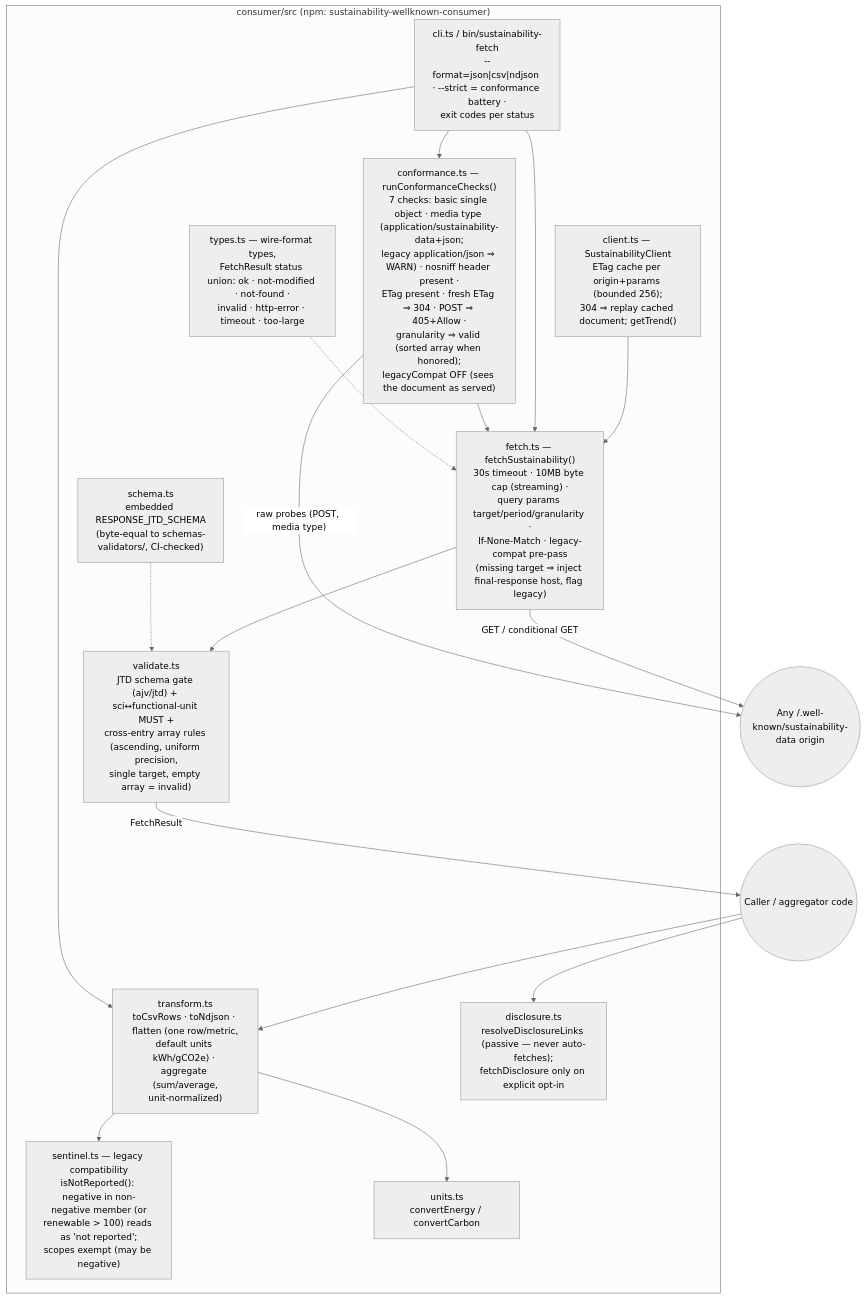
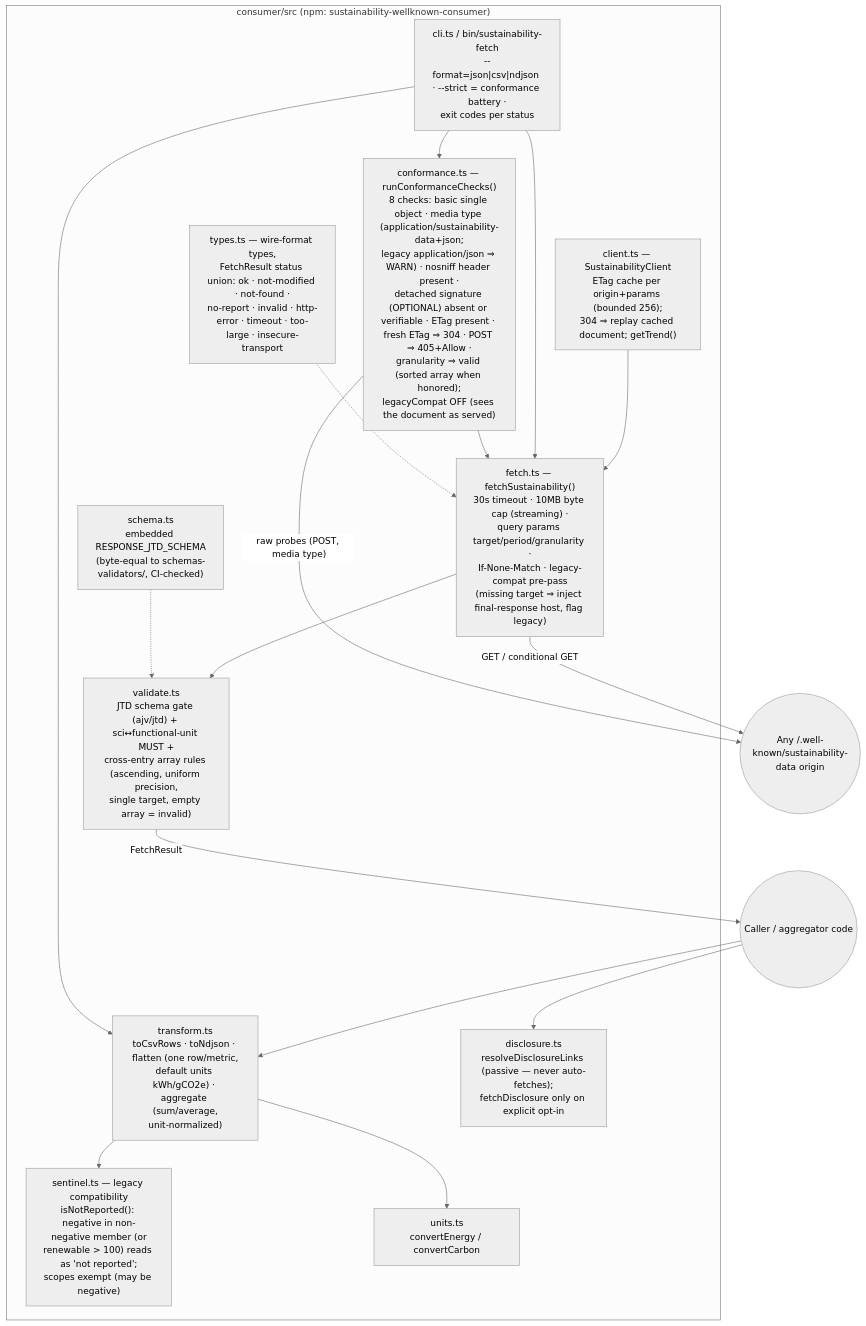
The ninth of 10 diagrams in architecture/README.md (andreibesleaga/rfc-sustainability-wellknown), drawn with Mermaid (neutral theme) before and after one commit. The commit also changed other lines of this file and 62 other files, not shown here.

````diff
--- a/architecture/README.md
+++ b/architecture/README.md
@@ -696,36 +698,36 @@
 ```mermaid
 flowchart TB
     ORIGIN(("Any /.well-known/sustainability-data origin"))
 
     subgraph CONS["consumer/src (npm: sustainability-wellknown-consumer)"]
         FETCH["fetch.ts — fetchSustainability()<br/>30s timeout · 10MB byte cap (streaming) ·<br/>query params target/period/granularity ·<br/>If-None-Match · legacy-compat pre-pass<br/>(missing target ⇒ inject final-response host, flag legacy)"]
         VAL2["validate.ts<br/>JTD schema gate (ajv/jtd) + sci↔functional-unit MUST +<br/>cross-entry array rules (ascending, uniform precision,<br/>single target, empty array = invalid)"]
         SCH2["schema.ts<br/>embedded RESPONSE_JTD_SCHEMA<br/>(byte-equal to schemas-validators/, CI-checked)"]
         SENT["sentinel.ts — legacy compatibility<br/>isNotReported(): negative in non-negative member (or<br/>renewable > 100) reads as 'not reported';<br/>scopes exempt (may be negative)"]
         UNITS["units.ts<br/>convertEnergy / convertCarbon"]
         TRANS["transform.ts<br/>toCsvRows · toNdjson · flatten (one row/metric,<br/>default units kWh/gCO2e) · aggregate (sum/average,<br/>unit-normalized)"]
         CLIENT2["client.ts — SustainabilityClient<br/>ETag cache per origin+params (bounded 256);<br/>304 ⇒ replay cached document; getTrend()"]
-        CONF["conformance.ts — runConformanceChecks()<br/>7 checks: basic single object · media type (application/sustainability-data+json;<br/>legacy application/json ⇒ WARN) · nosniff header present ·<br/>ETag present · fresh ETag ⇒ 304 · POST ⇒ 405+Allow ·<br/>granularity ⇒ valid (sorted array when honored);<br/>legacyCompat OFF (sees the document as served)"]
+        CONF["conformance.ts — runConformanceChecks()<br/>8 checks: basic single object · media type (application/sustainability-data+json;<br/>legacy application/json ⇒ WARN) · nosniff header present ·<br/>detached signature (OPTIONAL) absent or verifiable · ETag present · fresh ETag ⇒ 304 · POST ⇒ 405+Allow ·<br/>granularity ⇒ valid (sorted array when honored);<br/>legacyCompat OFF (sees the document as served)"]
         DISC["disclosure.ts<br/>resolveDisclosureLinks (passive — never auto-fetches);<br/>fetchDisclosure only on explicit opt-in"]
         CLI3["cli.ts / bin/sustainability-fetch<br/>--format=json|csv|ndjson · --strict = conformance battery ·<br/>exit codes per status"]
-        TYPES["types.ts — wire-format types,<br/>FetchResult status union: ok · not-modified · not-found ·<br/>invalid · http-error · timeout · too-large"]
+        TYPES["types.ts — wire-format types,<br/>FetchResult status union: ok · not-modified · not-found ·<br/>no-report · invalid · http-error · timeout · too-large · insecure-transport"]
     end
 
     APP(("Caller / aggregator code"))
 
     FETCH -- "GET / conditional GET" --> ORIGIN
     CONF -- "raw probes (POST, media type)" --> ORIGIN
     FETCH --> VAL2
     SCH2 -.-> VAL2
     VAL2 -- "FetchResult" --> APP
     CLIENT2 --> FETCH
     CLI3 --> FETCH
     CLI3 --> CONF
     CONF --> FETCH
     APP --> TRANS
     TRANS --> SENT
     TRANS --> UNITS
     APP --> DISC
     TYPES -.-> FETCH
     CLI3 --> TRANS
 ```
````
